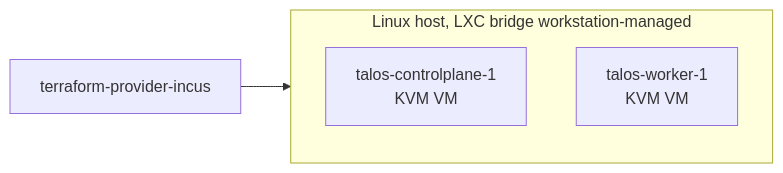
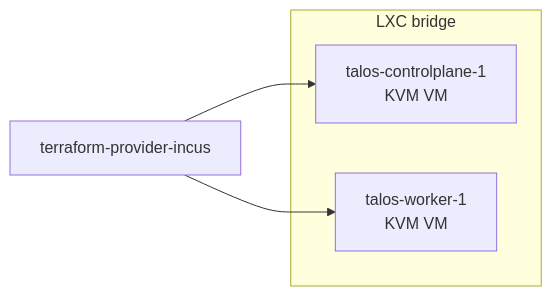
One commit to windsorcli/core changed the third of 3 diagrams in terraform/compute/README.md. Above: the diagram before and after it, drawn with Mermaid. The commit also changed other lines of this file and 3 other files, not shown here.

Commit message:
chore(docs): update flowcharts in README files for CNI, Compute, DNS, and GitOps categories to enhance clarity and consistency

````diff
--- a/terraform/compute/README.md
+++ b/terraform/compute/README.md
@@ -99,11 +101,12 @@
 ```mermaid
 flowchart LR
   prov[terraform-provider-incus]
 
-  subgraph host[Linux host, LXC bridge workstation-managed]
+  subgraph bridge[LXC bridge]
     cp[talos-controlplane-1<br/>KVM VM]
     w[talos-worker-1<br/>KVM VM]
   end
 
-  prov --> host
+  prov --> cp
+  prov --> w
 ```
````
